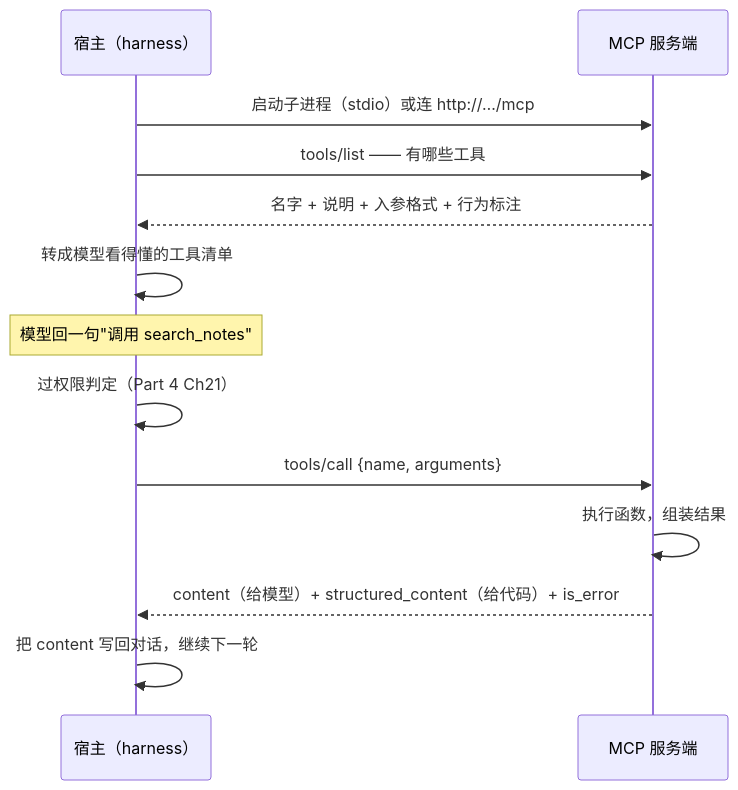
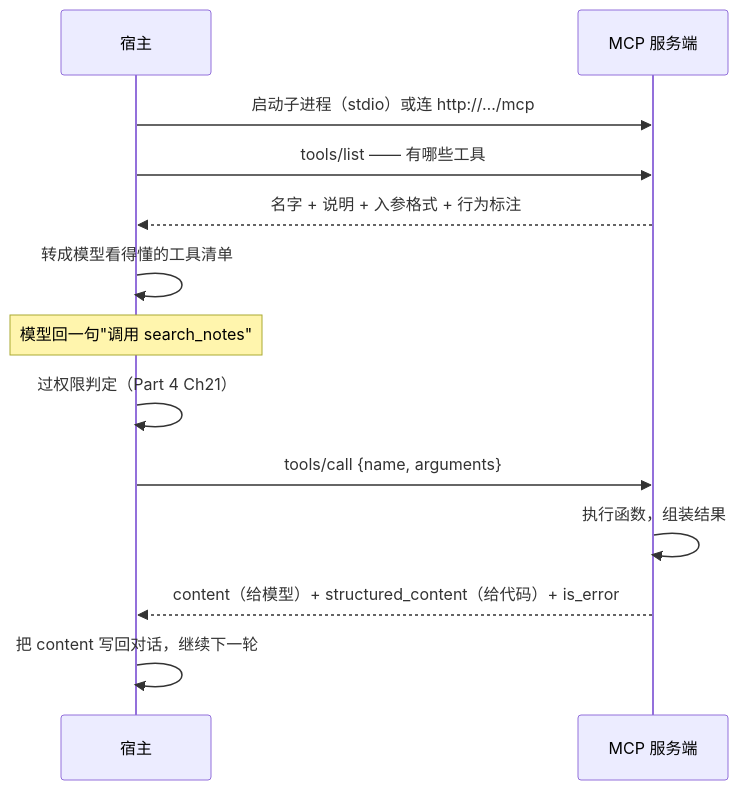
The second of 4 diagrams in part-5-agent功能实现/ch27-协议集成.md (Laughingtt/agentkit), drawn with Mermaid before and after one commit. The commit also changed other lines of this file and 4 other files, not shown here.

````diff
--- a/part-5-agent功能实现/ch27-协议集成.md
+++ b/part-5-agent功能实现/ch27-协议集成.md
@@ -196,15 +203,15 @@
 ```mermaid
 sequenceDiagram
-    participant H as 宿主（harness）
+    participant H as 宿主
     participant S as MCP 服务端
     H->>S: 启动子进程（stdio）或连 http://…/mcp
     H->>S: tools/list —— 有哪些工具
     S-->>H: 名字 + 说明 + 入参格式 + 行为标注
     H->>H: 转成模型看得懂的工具清单
     Note over H: 模型回一句"调用 search_notes"
     H->>H: 过权限判定（Part 4 Ch21）
     H->>S: tools/call {name, arguments}
     S->>S: 执行函数，组装结果
     S-->>H: content（给模型）+ structured_content（给代码）+ is_error
     H->>H: 把 content 写回对话，继续下一轮
 ```
````
